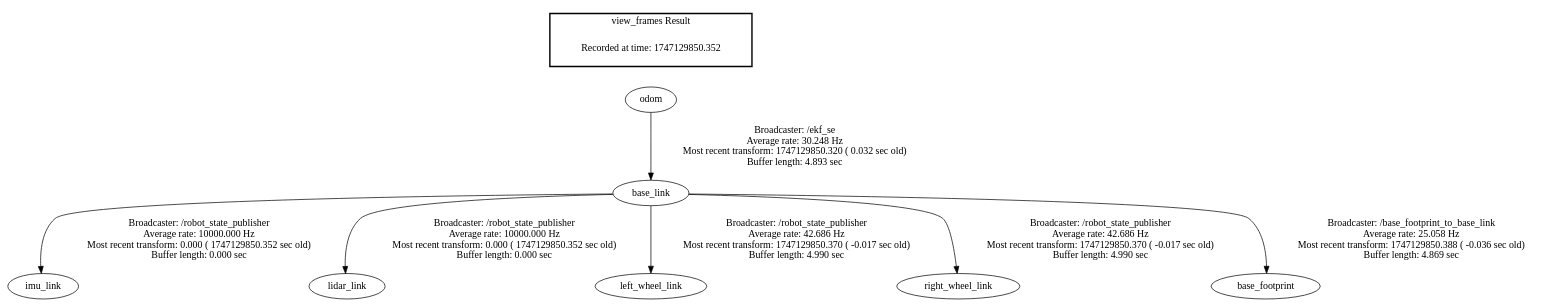
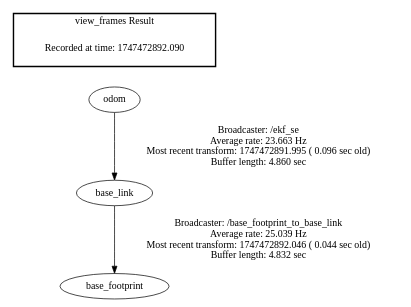
One commit to poplop03/station1 changed the diagram in frames.gv. Above: the diagram before and after it, drawn with Graphviz. The commit also changed 6 other files, not shown here.

```diff
--- a/frames.gv
+++ b/frames.gv
@@ -1,12 +1,8 @@
 digraph G {
-"base_link" -> "imu_link"[label="Broadcaster: /robot_state_publisher\nAverage rate: 10000.000 Hz\nMost recent transform: 0.000 ( 1747129850.352 sec old)\nBuffer length: 0.000 sec\n"];
-"odom" -> "base_link"[label="Broadcaster: /ekf_se\nAverage rate: 30.248 Hz\nMost recent transform: 1747129850.320 ( 0.032 sec old)\nBuffer length: 4.893 sec\n"];
-"base_link" -> "lidar_link"[label="Broadcaster: /robot_state_publisher\nAverage rate: 10000.000 Hz\nMost recent transform: 0.000 ( 1747129850.352 sec old)\nBuffer length: 0.000 sec\n"];
-"base_link" -> "left_wheel_link"[label="Broadcaster: /robot_state_publisher\nAverage rate: 42.686 Hz\nMost recent transform: 1747129850.370 ( -0.017 sec old)\nBuffer length: 4.990 sec\n"];
-"base_link" -> "right_wheel_link"[label="Broadcaster: /robot_state_publisher\nAverage rate: 42.686 Hz\nMost recent transform: 1747129850.370 ( -0.017 sec old)\nBuffer length: 4.990 sec\n"];
-"base_link" -> "base_footprint"[label="Broadcaster: /base_footprint_to_base_link\nAverage rate: 25.058 Hz\nMost recent transform: 1747129850.388 ( -0.036 sec old)\nBuffer length: 4.869 sec\n"];
+"odom" -> "base_link"[label="Broadcaster: /ekf_se\nAverage rate: 23.663 Hz\nMost recent transform: 1747472891.995 ( 0.096 sec old)\nBuffer length: 4.860 sec\n"];
+"base_link" -> "base_footprint"[label="Broadcaster: /base_footprint_to_base_link\nAverage rate: 25.039 Hz\nMost recent transform: 1747472892.046 ( 0.044 sec old)\nBuffer length: 4.832 sec\n"];
 edge [style=invis];
  subgraph cluster_legend { style=bold; color=black; label ="view_frames Result";
-"Recorded at time: 1747129850.352"[ shape=plaintext ] ;
+"Recorded at time: 1747472892.090"[ shape=plaintext ] ;
  }->"odom";
 }
```
